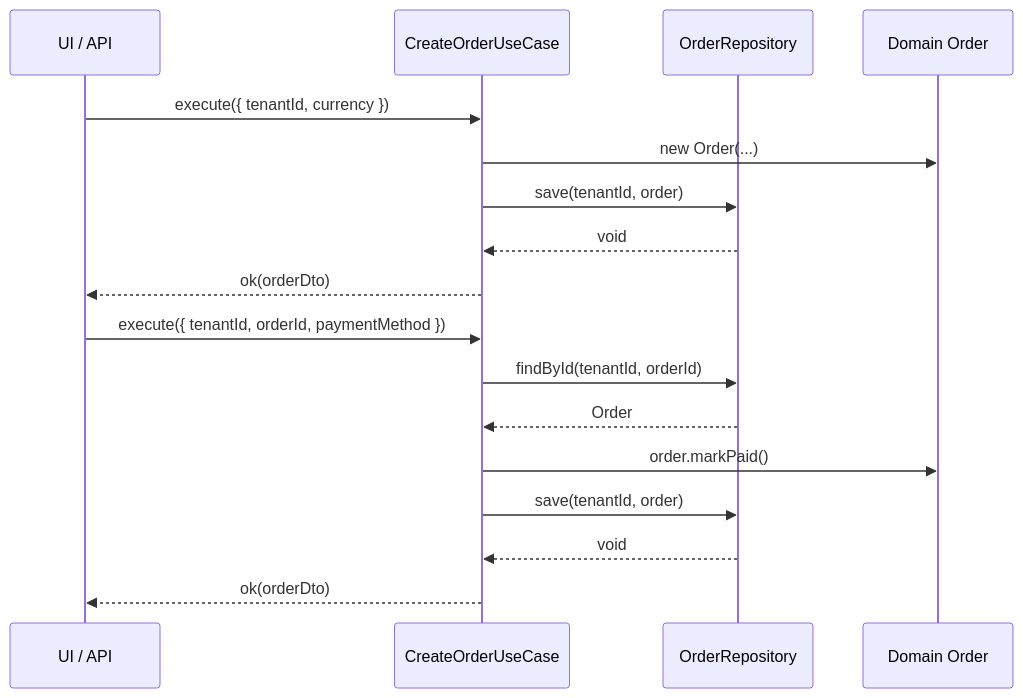
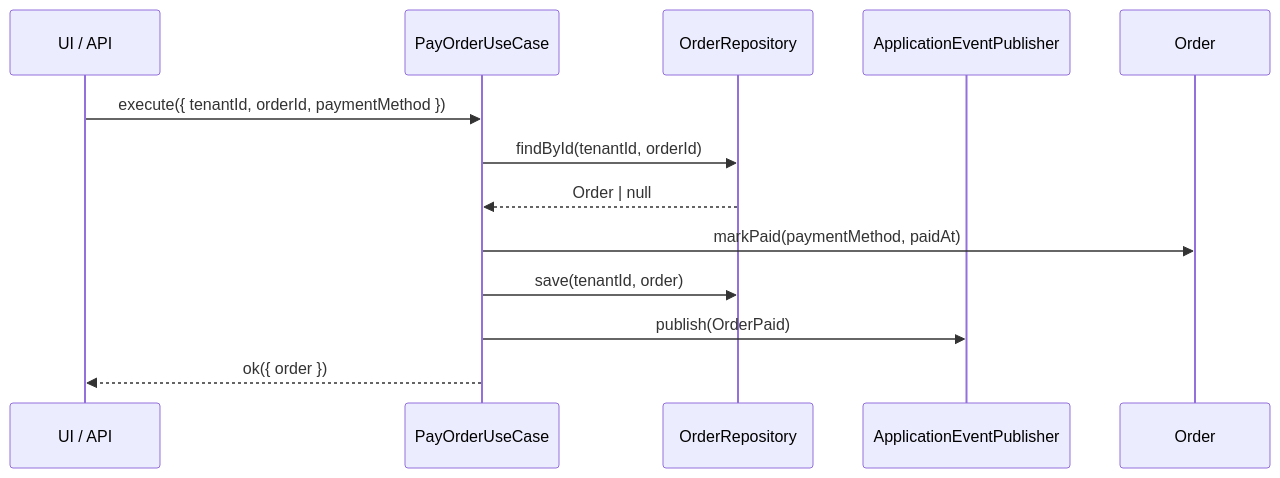
Before and after one commit to AASH2909/ff: the second of 5 diagrams in docs/application-layer.md, drawn with Mermaid. The commit also changed other lines of this file and 40 other files, not shown here.

````diff
--- a/docs/application-layer.md
+++ b/docs/application-layer.md
@@ -117,21 +138,16 @@
 ```mermaid
 sequenceDiagram
-    participant UI as UI / API
-    participant UC as CreateOrderUseCase
-    participant OR as OrderRepository
-    participant DM as Domain Order
+    participant Client as UI / API
+    participant UC as PayOrderUseCase
+    participant Repo as OrderRepository
+    participant Events as ApplicationEventPublisher
+    participant Domain as Order
 
-    UI->>UC: execute({ tenantId, currency })
-    UC->>DM: new Order(...)
-    UC->>OR: save(tenantId, order)
-    OR-->>UC: void
-    UC-->>UI: ok(orderDto)
-
-    UI->>UC: execute({ tenantId, orderId, paymentMethod })
-    UC->>OR: findById(tenantId, orderId)
-    OR-->>UC: Order
-    UC->>DM: order.markPaid()
-    UC->>OR: save(tenantId, order)
-    OR-->>UC: void
-    UC-->>UI: ok(orderDto)
+    Client->>UC: execute({ tenantId, orderId, paymentMethod })
+    UC->>Repo: findById(tenantId, orderId)
+    Repo-->>UC: Order | null
+    UC->>Domain: markPaid(paymentMethod, paidAt)
+    UC->>Repo: save(tenantId, order)
+    UC->>Events: publish(OrderPaid)
+    UC-->>Client: ok({ order })
 ```
````
